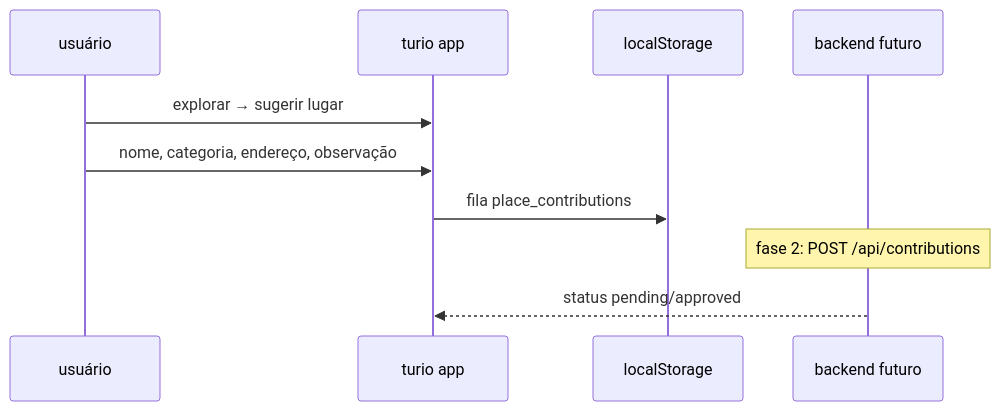
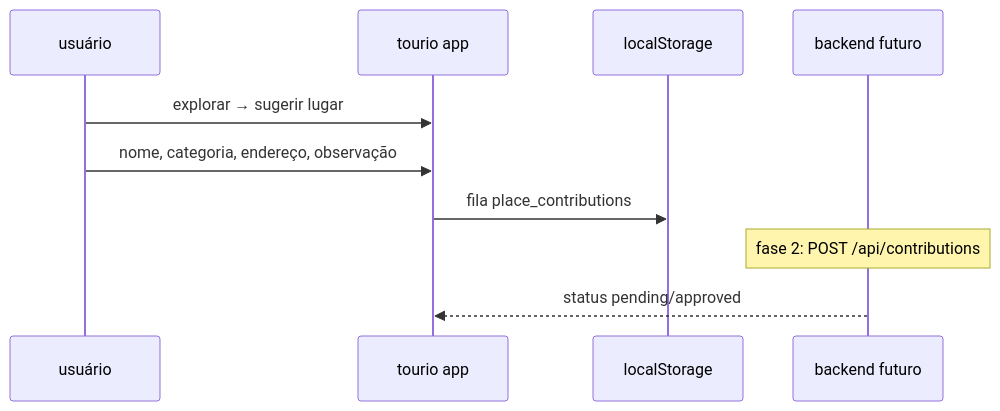
One commit to bengo501/torneio_empreendedorismo_2026 changed the diagram in docs/CONTRIBUICAO_USUARIOS.md. Above: the diagram before and after it, drawn with Mermaid. The commit also changed other lines of this file and 37 other files, not shown here.

First line of the commit message:
Rename project references from turio to tourio

````diff
--- a/docs/CONTRIBUICAO_USUARIOS.md
+++ b/docs/CONTRIBUICAO_USUARIOS.md
@@ -20,13 +20,13 @@
 ```mermaid
 sequenceDiagram
   participant U as usuário
-  participant App as turio app
+  participant App as tourio app
   participant LS as localStorage
   participant API as backend futuro
 
   U->>App: explorar → sugerir lugar
   U->>App: nome, categoria, endereço, observação
   App->>LS: fila place_contributions
   Note over API: fase 2: POST /api/contributions
   API-->>App: status pending/approved
 ```
````
